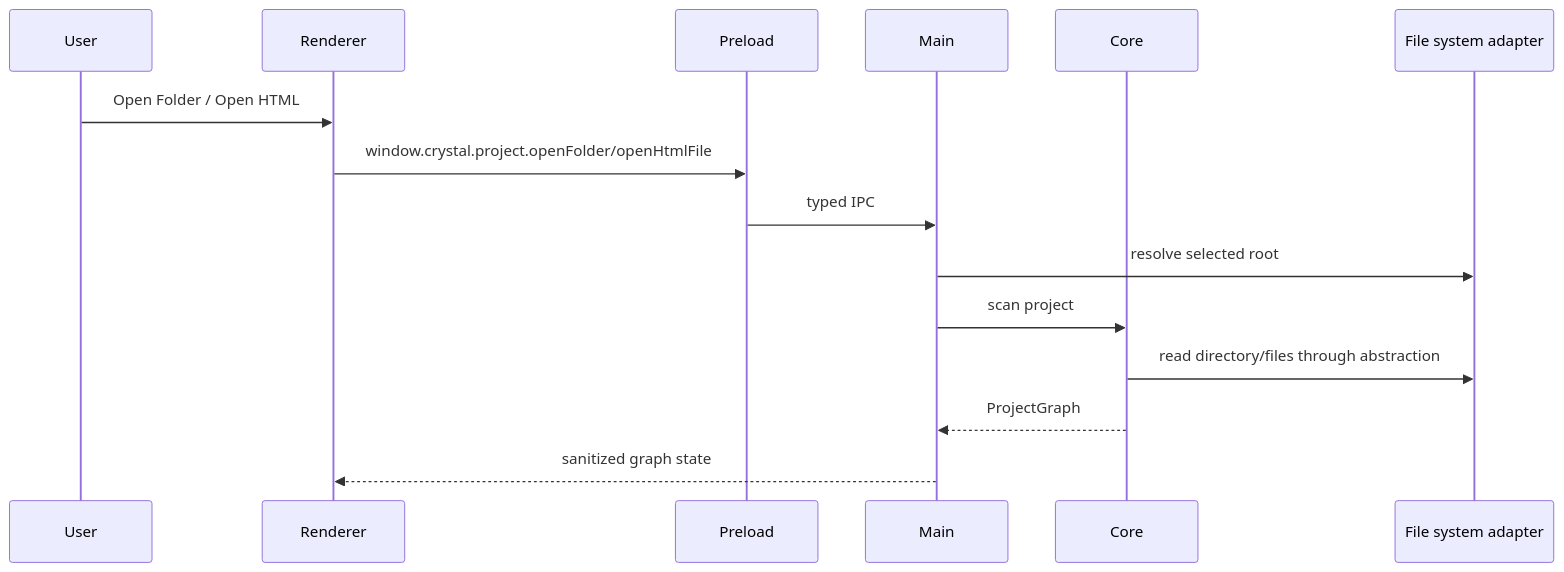
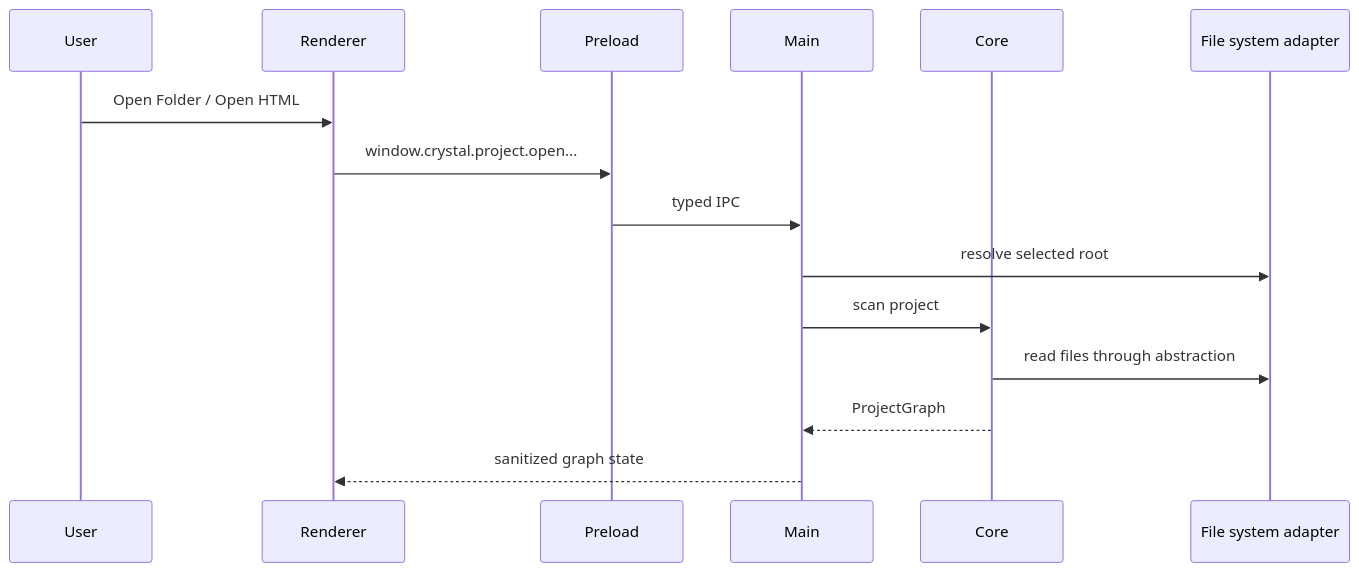
The diagram in docs/architecture/flows/project-open-flow.md (krestosa/Crystal), drawn with Mermaid before and after one commit. The commit also changed other lines of this file and 21 other files, not shown here.

Commit message:
Add richer architecture diagrams and state flows

````diff
--- a/docs/architecture/flows/project-open-flow.md
+++ b/docs/architecture/flows/project-open-flow.md
@@ -15,18 +67,18 @@
 ```mermaid
 sequenceDiagram
   participant User
   participant Renderer
   participant Preload
   participant Main
   participant Core
   participant FS as File system adapter
 
   User->>Renderer: Open Folder / Open HTML
-  Renderer->>Preload: window.crystal.project.openFolder/openHtmlFile
+  Renderer->>Preload: window.crystal.project.open...
   Preload->>Main: typed IPC
   Main->>FS: resolve selected root
   Main->>Core: scan project
-  Core->>FS: read directory/files through abstraction
+  Core->>FS: read files through abstraction
   Core-->>Main: ProjectGraph
   Main-->>Renderer: sanitized graph state
 ```
````
